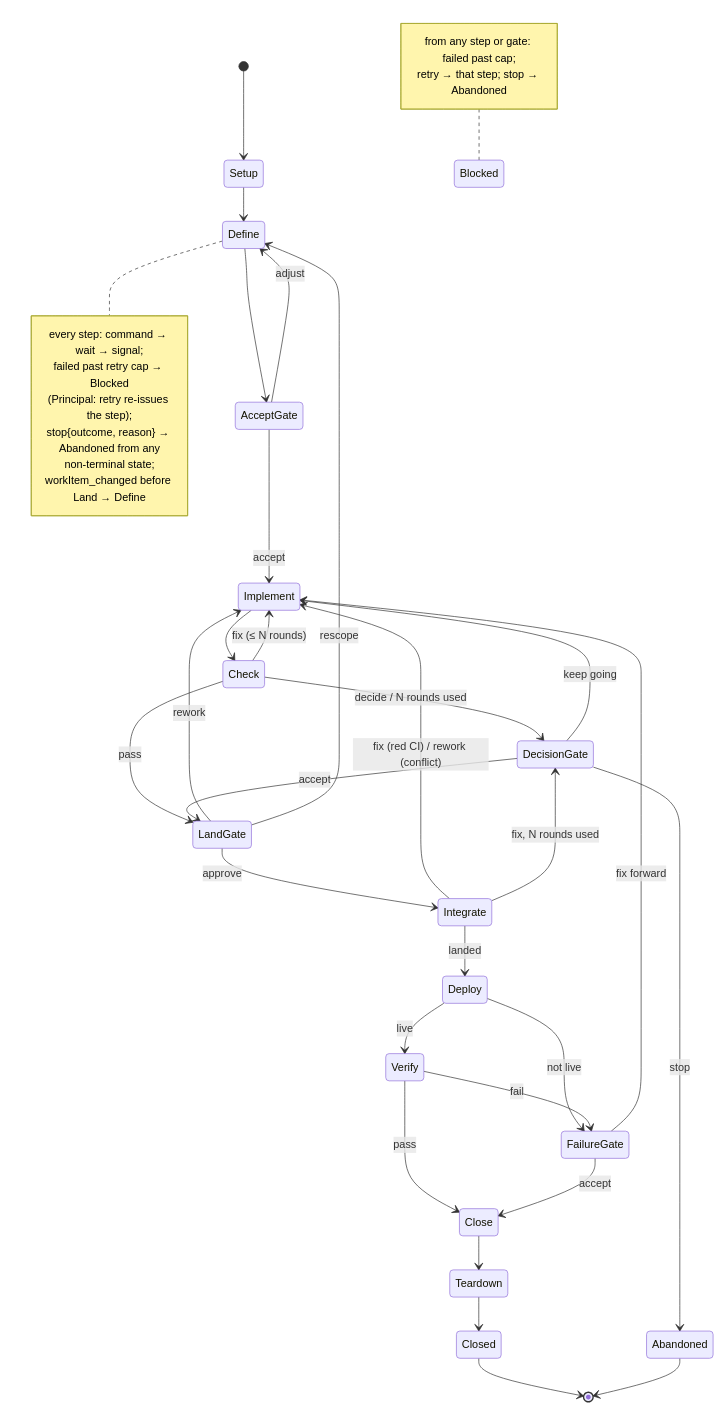
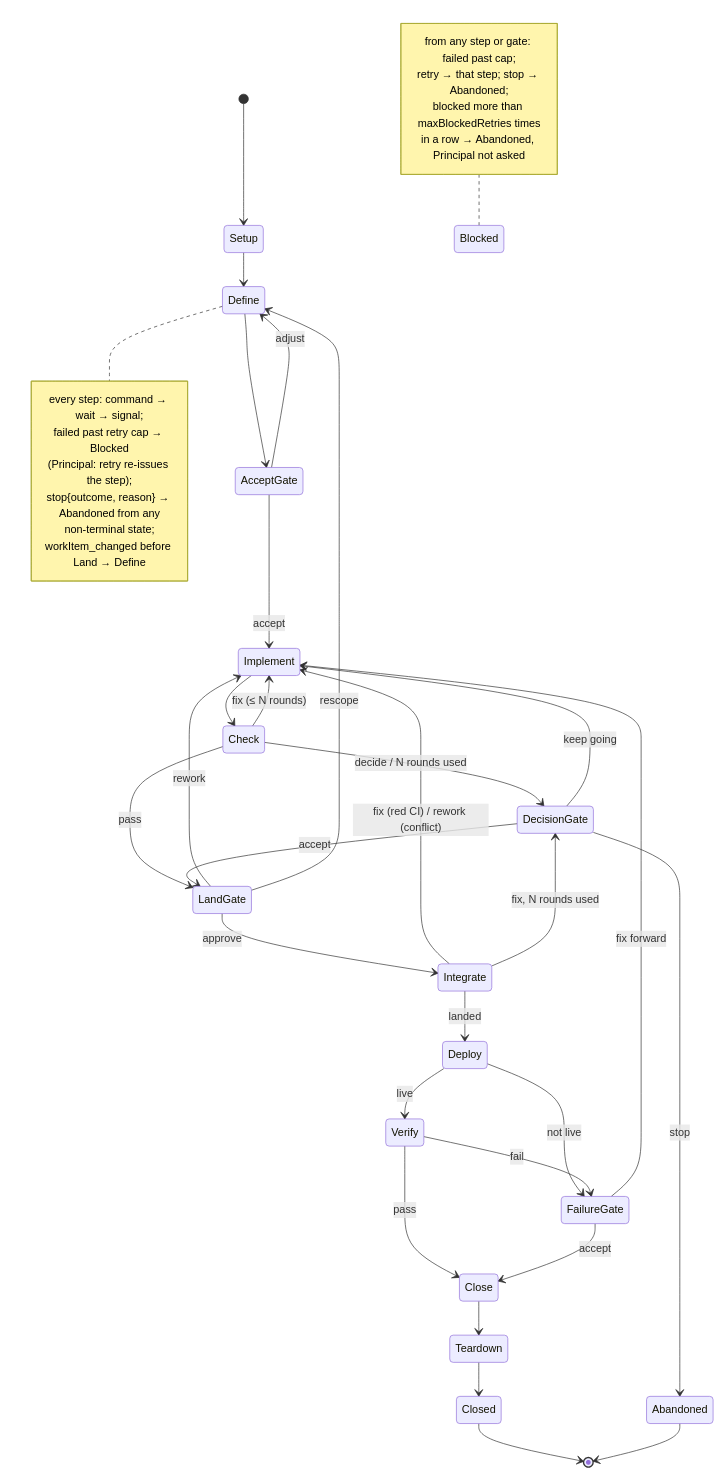
One commit to pehota/harlo changed the third of 4 diagrams in ship/docs/architecture.md. Above: the diagram before and after it, drawn with Mermaid. The commit also changed other lines of this file and 10 other files, not shown here.

First line of the commit message:
docs(ship): sync architecture docs and diagrams with the implementation

````diff
--- a/ship/docs/architecture.md
+++ b/ship/docs/architecture.md
@@ -186,45 +194,47 @@
 ```mermaid
 stateDiagram-v2
   [*] --> Setup
   Setup --> Define
   Define --> AcceptGate
   AcceptGate --> Implement: accept
   AcceptGate --> Define: adjust
   Implement --> Check
   Check --> Implement: fix (≤ N rounds)
   Check --> DecisionGate: decide / N rounds used
   Check --> LandGate: pass
   DecisionGate --> Implement: keep going
   DecisionGate --> LandGate: accept
   DecisionGate --> Abandoned: stop
   LandGate --> Integrate: approve
   LandGate --> Implement: rework
   LandGate --> Define: rescope
   Integrate --> Deploy: landed
   Integrate --> Implement: fix (red CI) / rework (conflict)
   Integrate --> DecisionGate: fix, N rounds used
   Deploy --> Verify: live
   Verify --> Close: pass
   Deploy --> FailureGate: not live
   Verify --> FailureGate: fail
   FailureGate --> Implement: fix forward
   FailureGate --> Close: accept
   Close --> Teardown
   Teardown --> Closed
   Closed --> [*]
   Blocked
   note left of Blocked
     from any step or gate: failed past cap;
-    retry → that step; stop → Abandoned
+    retry → that step; stop → Abandoned;
+    blocked more than maxBlockedRetries times
+    in a row → Abandoned, Principal not asked
   end note
   Abandoned --> [*]
 
   note right of Define
     every step: command → wait → signal;
     failed past retry cap → Blocked
     (Principal: retry re-issues the step);
     stop{outcome, reason} → Abandoned from any
     non-terminal state;
     workItem_changed before Land → Define
   end note
 ```
````
